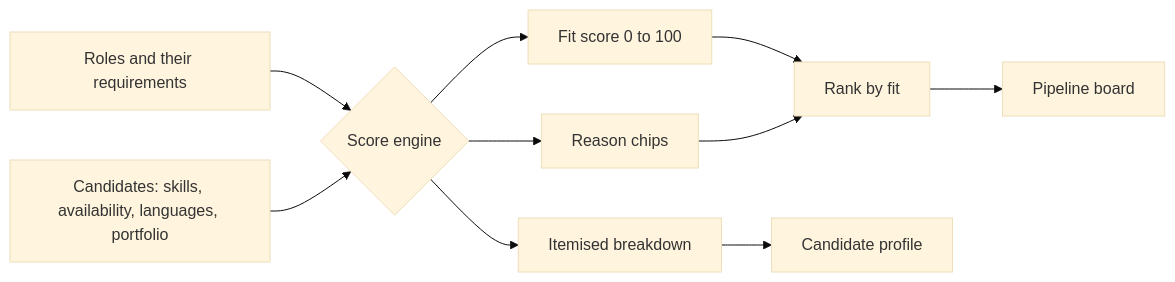
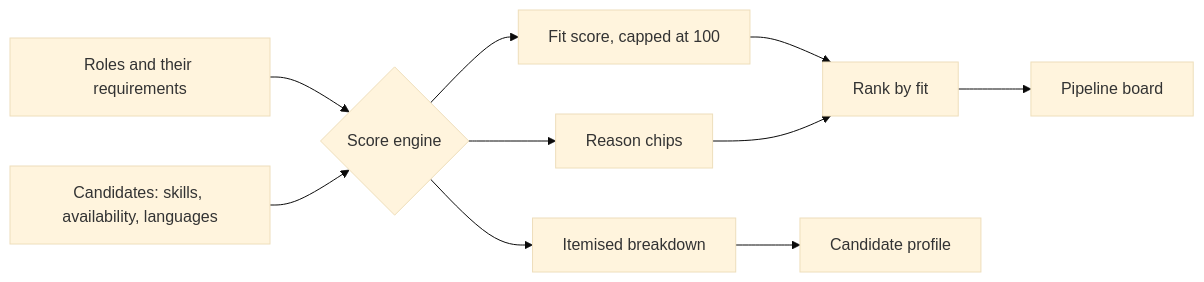
The diagram in README.md (anasrustom/S-Talent), drawn with Mermaid (base theme) before and after one commit. The commit also changed other lines of this file and 3 other files, not shown here.

````diff
--- a/README.md
+++ b/README.md
@@ -110,12 +111,12 @@
 ```mermaid
 flowchart LR
     A[Roles and their requirements] --> C{Score engine}
-    B[Candidates: skills, availability, languages, portfolio] --> C
-    C --> D[Fit score 0 to 100]
+    B[Candidates: skills, availability, languages] --> C
+    C --> D[Fit score, capped at 100]
     C --> E[Itemised breakdown]
     C --> F[Reason chips]
     D --> G[Rank by fit]
     E --> H[Candidate profile]
     F --> G
     G --> I[Pipeline board]
 ```
````
